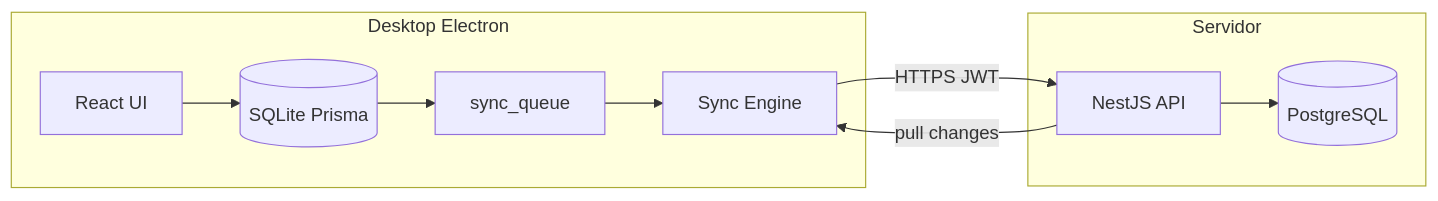
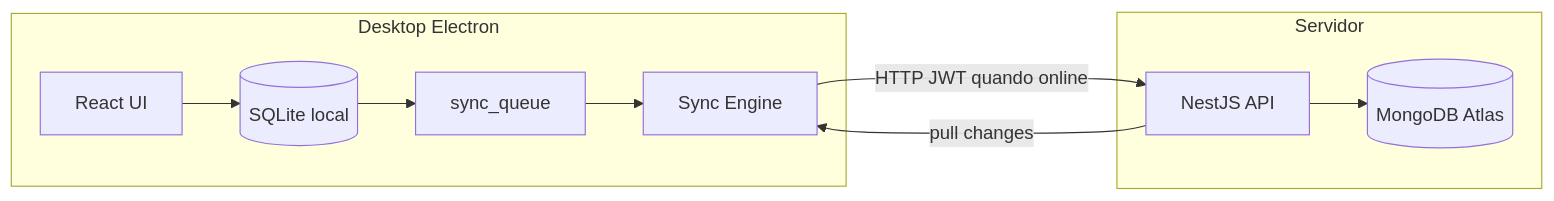
One commit to Lascone/Bufalo-Sucadas-Sistema changed the diagram in docs/architecture.md. Above: the diagram before and after it, drawn with Mermaid. The commit also changed other lines of this file and 66 other files, not shown here.

````diff
--- a/docs/architecture.md
+++ b/docs/architecture.md
@@ -12,19 +13,19 @@
 ```mermaid
 flowchart LR
   subgraph desktop [Desktop Electron]
     UI[React UI]
-    LocalDB[(SQLite Prisma)]
+    LocalDB[(SQLite local)]
     SyncQ[sync_queue]
     SyncEng[Sync Engine]
     UI --> LocalDB
     LocalDB --> SyncQ
     SyncQ --> SyncEng
   end
   subgraph central [Servidor]
     API[NestJS API]
-    CentralDB[(PostgreSQL)]
+    CentralDB[(MongoDB Atlas)]
     API --> CentralDB
   end
-  SyncEng -->|"HTTPS JWT"| API
+  SyncEng -->|"HTTP JWT quando online"| API
   API -->|"pull changes"| SyncEng
 ```
````
